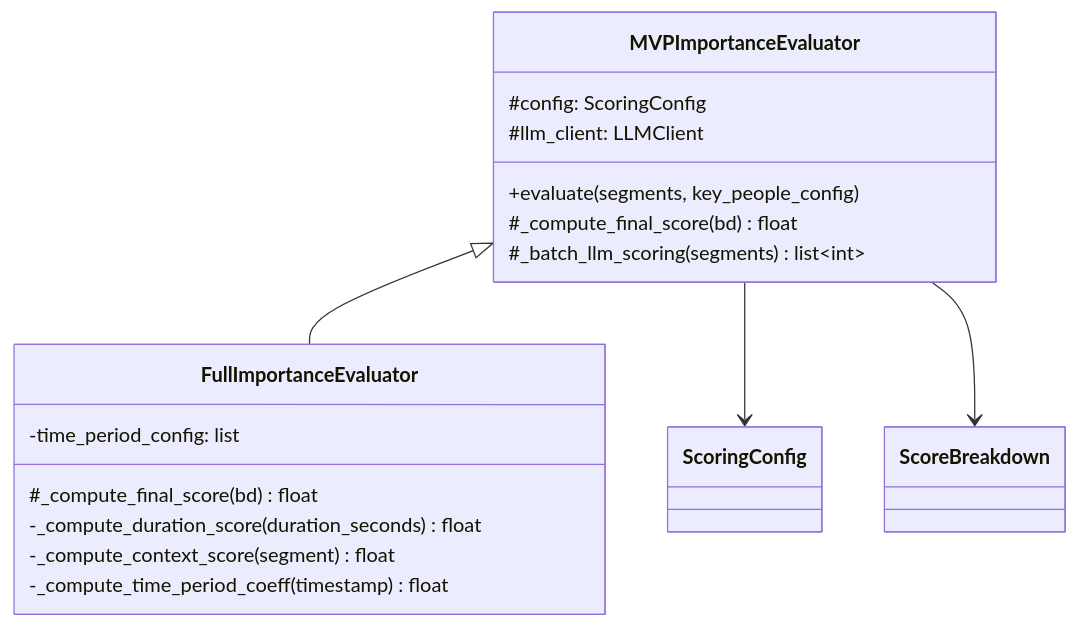
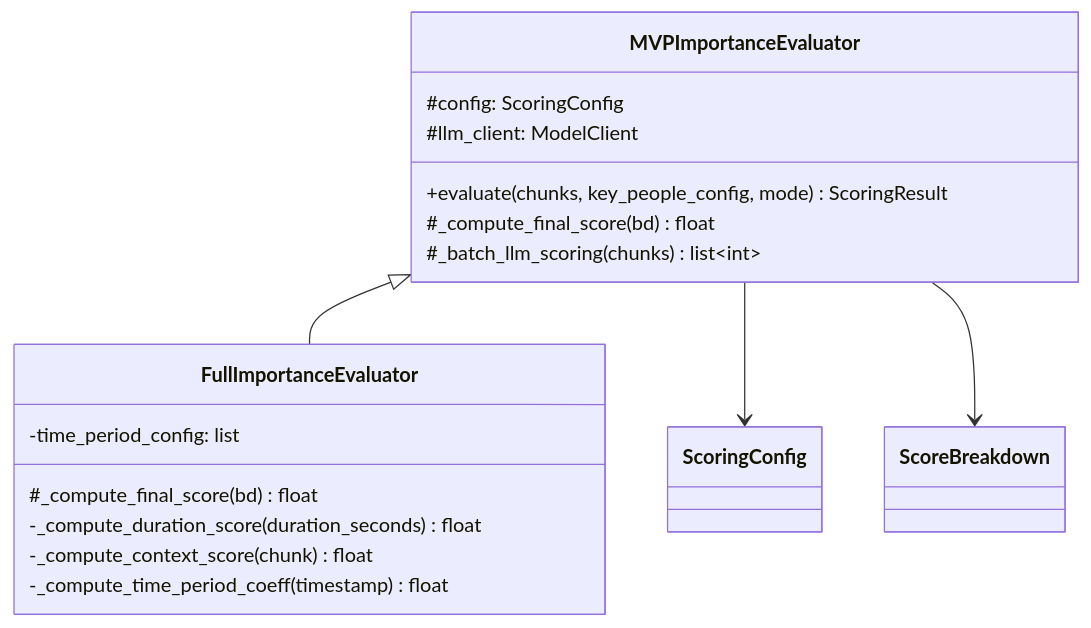
One commit to SherlockHao/summary-pipeline changed the sixth of 7 diagrams in docs/sections/arch_module3_scoring.md. Above: the diagram before and after it, drawn with Mermaid. The commit also changed other lines of this file and 8 other files, not shown here.

````diff
--- a/docs/sections/arch_module3_scoring.md
+++ b/docs/sections/arch_module3_scoring.md
@@ -786,23 +943,23 @@
 ```mermaid
 classDiagram
     class MVPImportanceEvaluator {
         #config: ScoringConfig
-        #llm_client: LLMClient
-        +evaluate(segments, key_people_config)
+        #llm_client: ModelClient
+        +evaluate(chunks, key_people_config, mode) ScoringResult
         #_compute_final_score(bd) float
-        #_batch_llm_scoring(segments) list~int~
+        #_batch_llm_scoring(chunks) list~int~
     }
 
     class FullImportanceEvaluator {
         -time_period_config: list
         #_compute_final_score(bd) float
         -_compute_duration_score(duration_seconds) float
-        -_compute_context_score(segment) float
+        -_compute_context_score(chunk) float
         -_compute_time_period_coeff(timestamp) float
     }
 
     MVPImportanceEvaluator <|-- FullImportanceEvaluator
 
     MVPImportanceEvaluator --> ScoringConfig
     MVPImportanceEvaluator --> ScoreBreakdown
 ```
````
